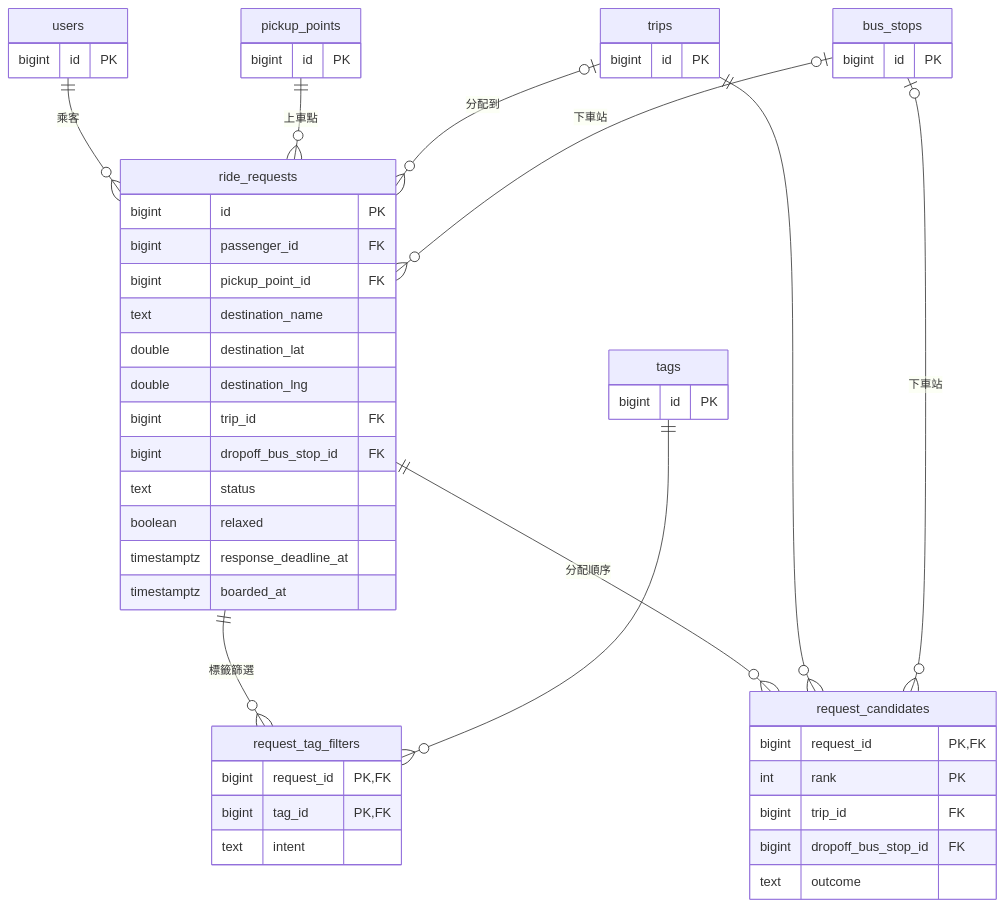
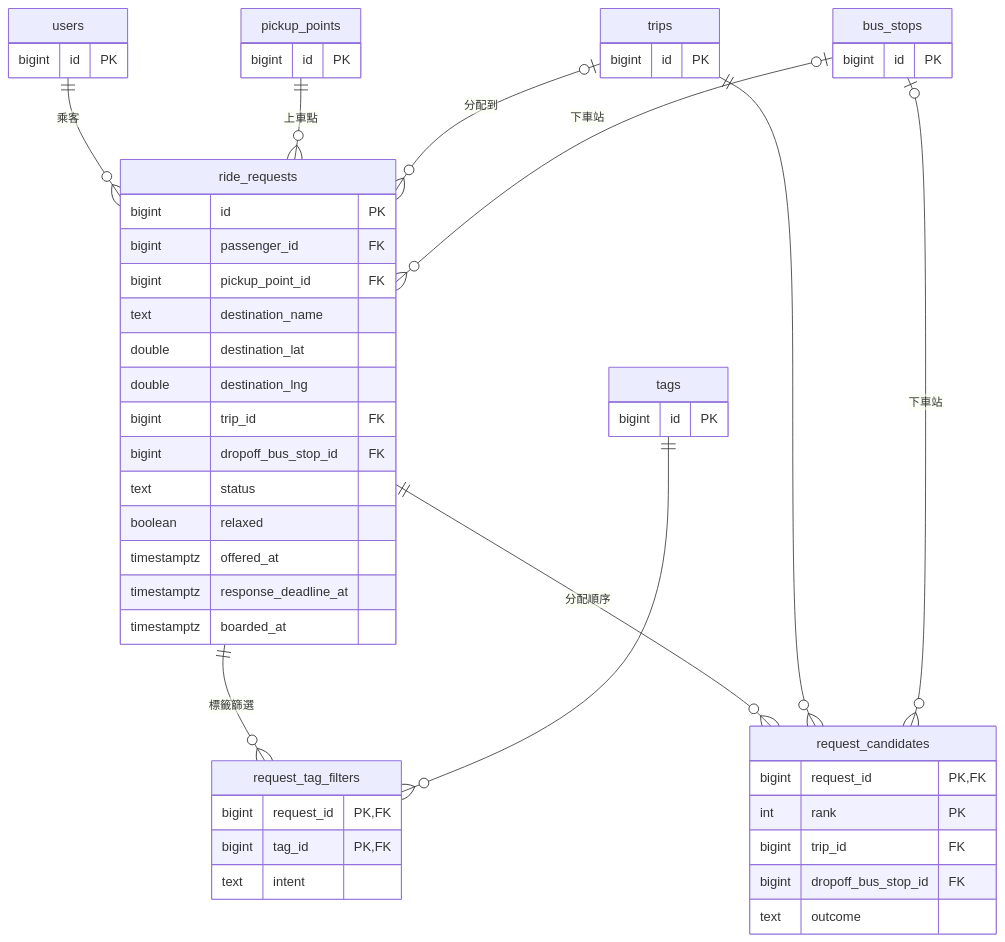
The seventh of 15 diagrams in docs/design.md (sohoffice/debugthon-carpool), drawn with Mermaid before and after one commit. The commit also changed 3 other files, not shown here.

````diff
--- a/docs/design.md
+++ b/docs/design.md
@@ -1002,54 +1002,55 @@
 ```mermaid
 erDiagram
     users ||--o{ ride_requests : "乘客"
     pickup_points ||--o{ ride_requests : "上車點"
     trips |o--o{ ride_requests : "分配到"
     bus_stops |o--o{ ride_requests : "下車站"
     ride_requests ||--o{ request_tag_filters : "標籤篩選"
     tags ||--o{ request_tag_filters : ""
     ride_requests ||--o{ request_candidates : "分配順序"
     trips ||--o{ request_candidates : ""
     bus_stops |o--o{ request_candidates : "下車站"
 
     ride_requests {
         bigint id PK
         bigint passenger_id FK
         bigint pickup_point_id FK
         text destination_name
         double destination_lat
         double destination_lng
         bigint trip_id FK
         bigint dropoff_bus_stop_id FK
         text status
         boolean relaxed
+        timestamptz offered_at
         timestamptz response_deadline_at
         timestamptz boarded_at
     }
     request_tag_filters {
         bigint request_id PK, FK
         bigint tag_id PK, FK
         text intent
     }
     request_candidates {
         bigint request_id PK, FK
         int rank PK
         bigint trip_id FK
         bigint dropoff_bus_stop_id FK
         text outcome
     }
     users {
         bigint id PK
     }
     pickup_points {
         bigint id PK
     }
     trips {
         bigint id PK
     }
     bus_stops {
         bigint id PK
     }
     tags {
         bigint id PK
     }
 ```
````
